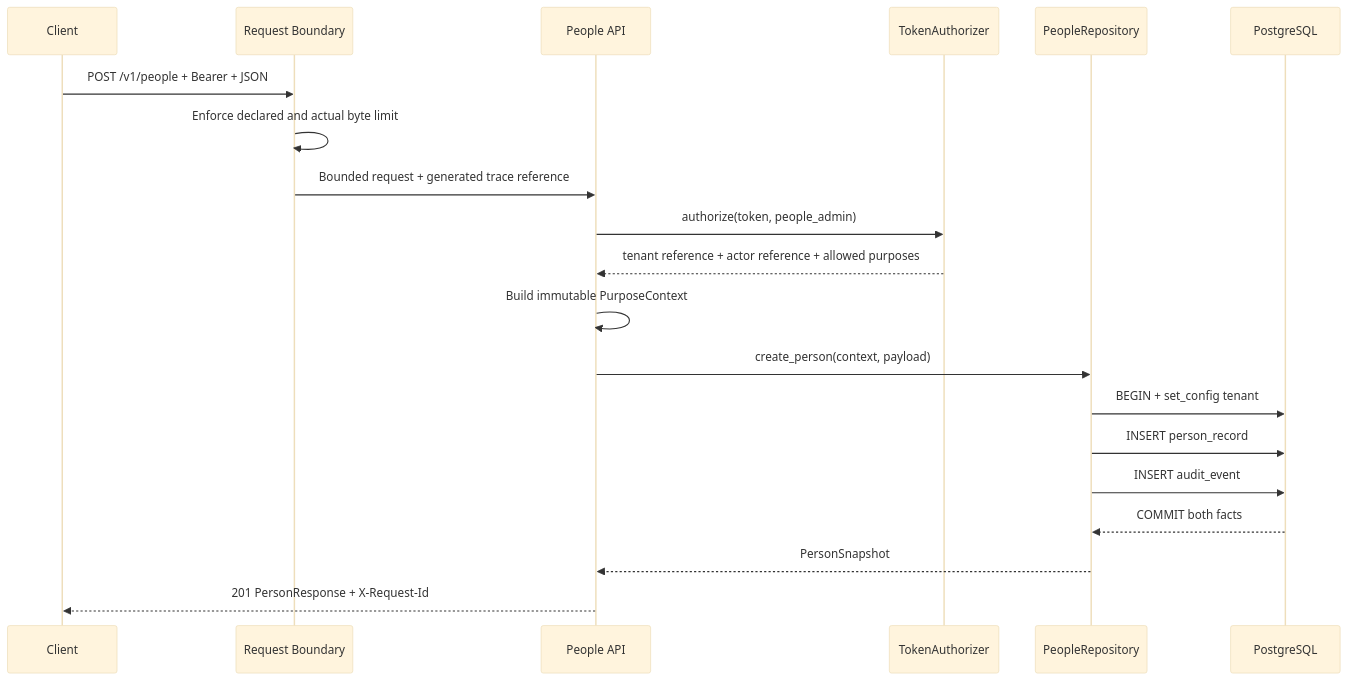
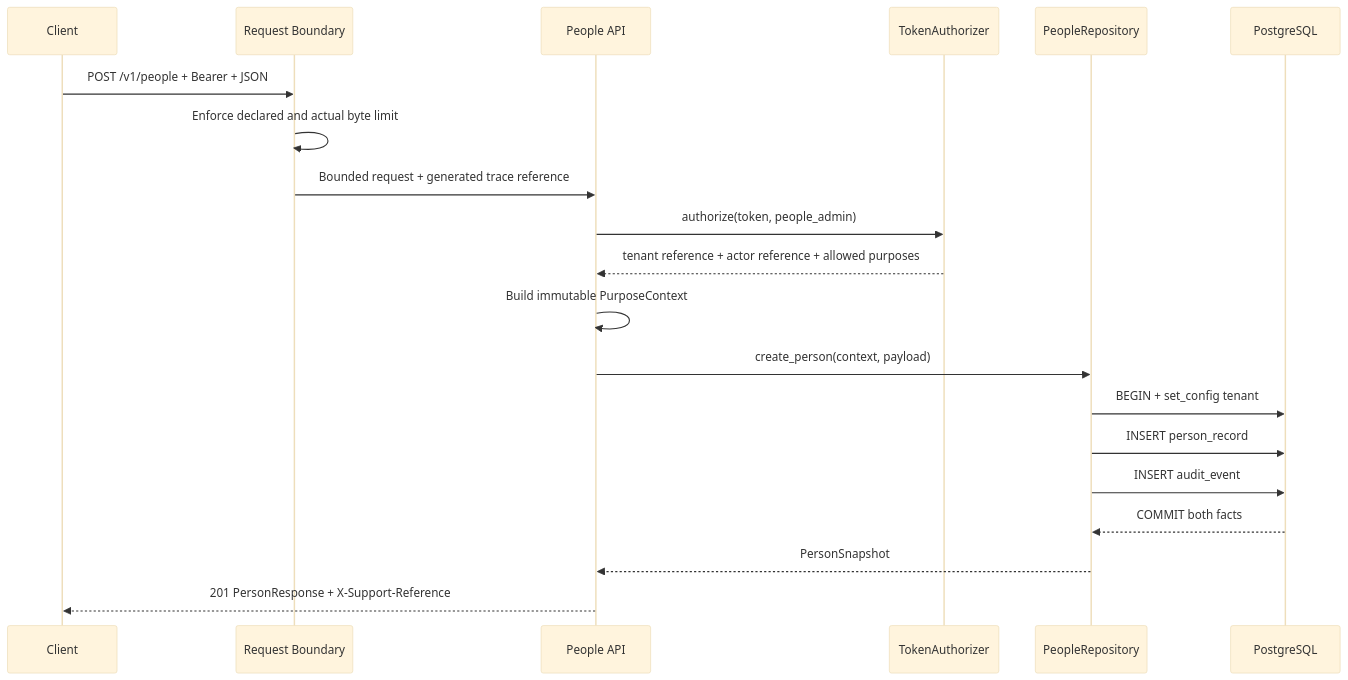
One commit to ContextualWisdomLab/Orgmetra changed the second of 4 diagrams in docs/UML_PEOPLE_API.md. Above: the diagram before and after it, drawn with Mermaid (base theme). The commit also changed other lines of this file and 31 other files, not shown here.

````diff
--- a/docs/UML_PEOPLE_API.md
+++ b/docs/UML_PEOPLE_API.md
@@ -18,23 +18,23 @@
 ```mermaid
 sequenceDiagram
     participant Client
     participant Boundary as Request Boundary
     participant API as People API
     participant Auth as TokenAuthorizer
     participant Repo as PeopleRepository
     participant DB as PostgreSQL
 
     Client->>Boundary: POST /v1/people + Bearer + JSON
     Boundary->>Boundary: Enforce declared and actual byte limit
     Boundary->>API: Bounded request + generated trace reference
     API->>Auth: authorize(token, people_admin)
     Auth-->>API: tenant reference + actor reference + allowed purposes
     API->>API: Build immutable PurposeContext
     API->>Repo: create_person(context, payload)
     Repo->>DB: BEGIN + set_config tenant
     Repo->>DB: INSERT person_record
     Repo->>DB: INSERT audit_event
     DB-->>Repo: COMMIT both facts
     Repo-->>API: PersonSnapshot
-    API-->>Client: 201 PersonResponse + X-Request-Id
+    API-->>Client: 201 PersonResponse + X-Support-Reference
 ```
````
